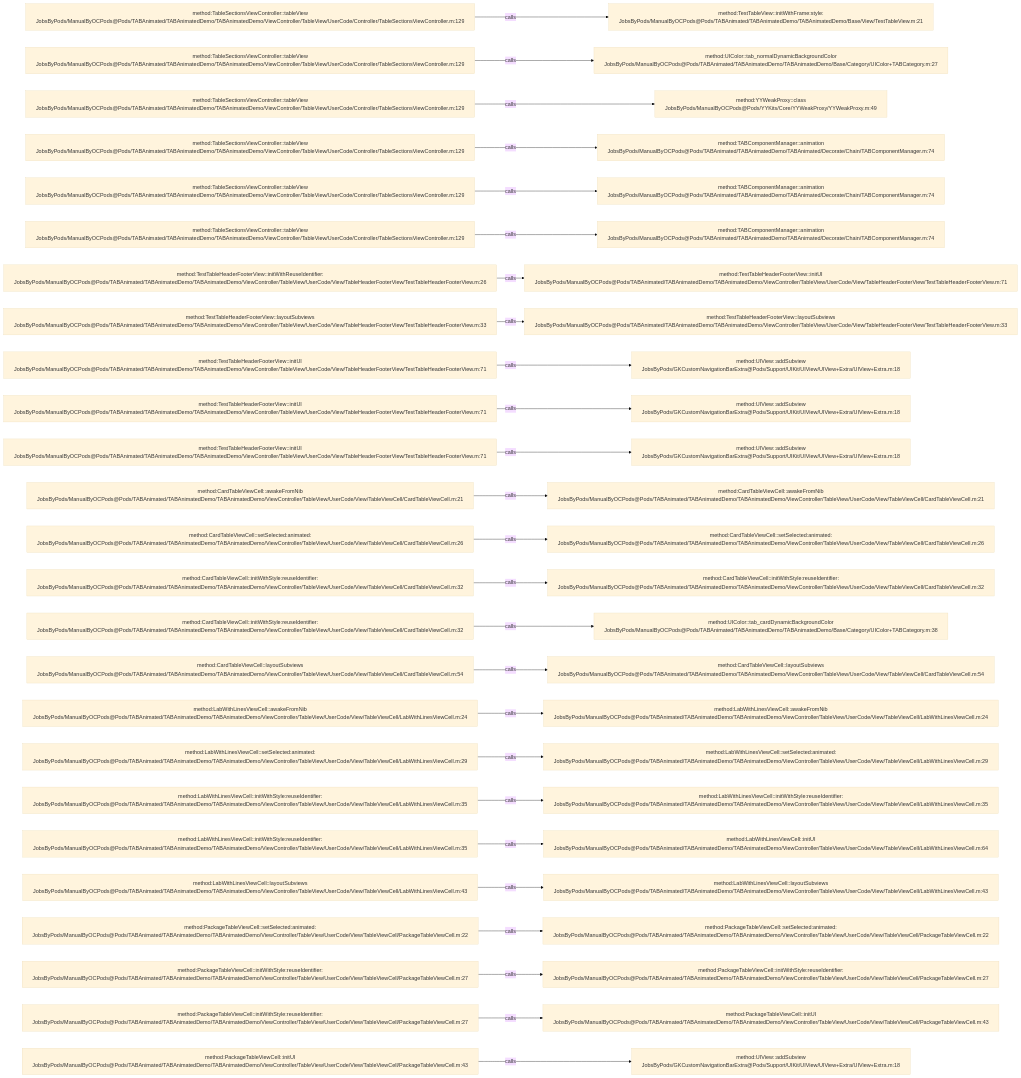
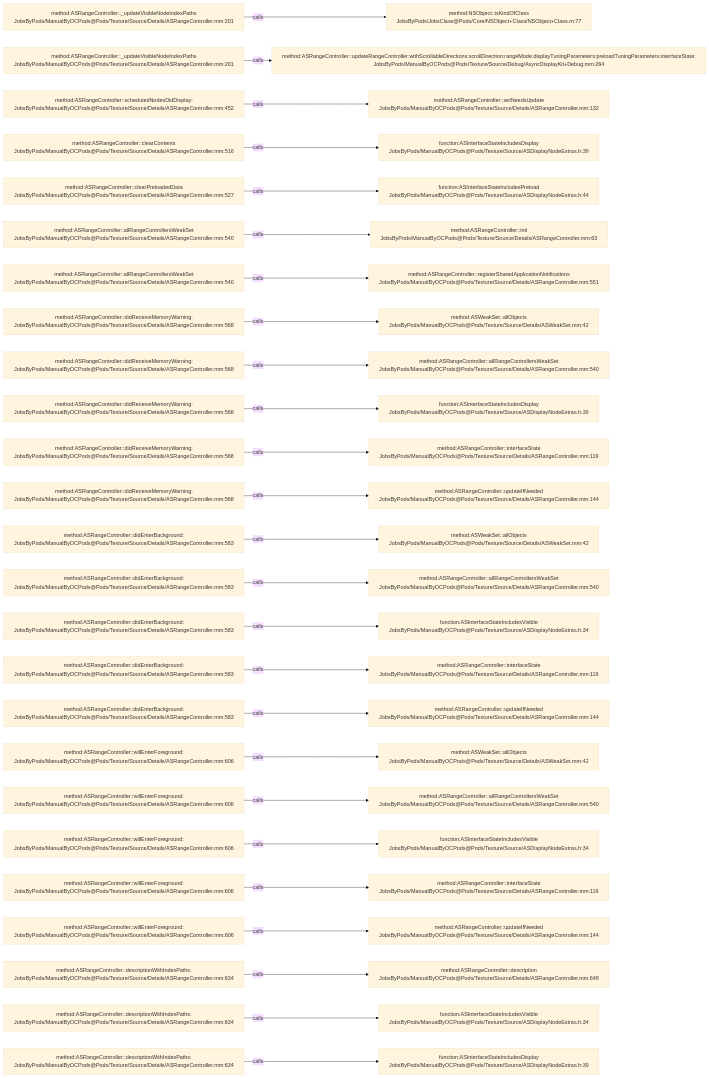
One commit to JobsKits/JobsOCBaseConfigDemo changed the diagram in .codegraph/codegraph.md/graphs/calls-172.md. Above: the diagram before and after it, drawn with Mermaid (base theme). The commit also changed 2162 other files, not shown here.

````diff
--- a/.codegraph/codegraph.md/graphs/calls-172.md
+++ b/.codegraph/codegraph.md/graphs/calls-172.md
@@ -13,78 +13,78 @@
 ```mermaid
 flowchart LR
-  S1["method:TableSectionsViewController::tableView<br/>JobsByPods/ManualByOCPods@Pods/TABAnimated/TABAnimatedDemo/TABAnimatedDemo/ViewController/TableView/UserCode/Controller/TableSectionsViewController.m:129"]
-  T1["method:TestTableView::initWithFrame:style:<br/>JobsByPods/ManualByOCPods@Pods/TABAnimated/TABAnimatedDemo/TABAnimatedDemo/Base/View/TestTableView.m:21"]
+  S1["method:ASRangeController::_updateVisibleNodeIndexPaths<br/>JobsByPods/ManualByOCPods@Pods/Texture/Source/Details/ASRangeController.mm:201"]
+  T1["method:NSObject::isKindOfClass<br/>JobsByPods/JobsClass@Pods/Core/NSObject+Class/NSObject+Class.m:77"]
   S1 -->|calls| T1
-  S2["method:TableSectionsViewController::tableView<br/>JobsByPods/ManualByOCPods@Pods/TABAnimated/TABAnimatedDemo/TABAnimatedDemo/ViewController/TableView/UserCode/Controller/TableSectionsViewController.m:129"]
-  T2["method:UIColor::tab_normalDynamicBackgroundColor<br/>JobsByPods/ManualByOCPods@Pods/TABAnimated/TABAnimatedDemo/TABAnimatedDemo/Base/Category/UIColor+TABCategory.m:27"]
+  S2["method:ASRangeController::_updateVisibleNodeIndexPaths<br/>JobsByPods/ManualByOCPods@Pods/Texture/Source/Details/ASRangeController.mm:201"]
+  T2["method:ASRangeController::updateRangeController:withScrollableDirections:scrollDirection:rangeMode:displayTuningParameters:preloadTuningParameters:interfaceState:<br/>JobsByPods/ManualByOCPods@Pods/Texture/Source/Debug/AsyncDisplayKit+Debug.mm:264"]
   S2 -->|calls| T2
-  S3["method:TableSectionsViewController::tableView<br/>JobsByPods/ManualByOCPods@Pods/TABAnimated/TABAnimatedDemo/TABAnimatedDemo/ViewController/TableView/UserCode/Controller/TableSectionsViewController.m:129"]
-  T3["method:YYWeakProxy::class<br/>JobsByPods/ManualByOCPods@Pods/YYKits/Core/YYWeakProxy/YYWeakProxy.m:49"]
+  S3["method:ASRangeController::scheduledNodesDidDisplay:<br/>JobsByPods/ManualByOCPods@Pods/Texture/Source/Details/ASRangeController.mm:452"]
+  T3["method:ASRangeController::setNeedsUpdate<br/>JobsByPods/ManualByOCPods@Pods/Texture/Source/Details/ASRangeController.mm:132"]
   S3 -->|calls| T3
-  S4["method:TableSectionsViewController::tableView<br/>JobsByPods/ManualByOCPods@Pods/TABAnimated/TABAnimatedDemo/TABAnimatedDemo/ViewController/TableView/UserCode/Controller/TableSectionsViewController.m:129"]
-  T4["method:TABComponentManager::animation<br/>JobsByPods/ManualByOCPods@Pods/TABAnimated/TABAnimatedDemo/TABAnimated/Decorate/Chain/TABComponentManager.m:74"]
+  S4["method:ASRangeController::clearContents<br/>JobsByPods/ManualByOCPods@Pods/Texture/Source/Details/ASRangeController.mm:516"]
+  T4["function:ASInterfaceStateIncludesDisplay<br/>JobsByPods/ManualByOCPods@Pods/Texture/Source/ASDisplayNodeExtras.h:39"]
   S4 -->|calls| T4
-  S5["method:TableSectionsViewController::tableView<br/>JobsByPods/ManualByOCPods@Pods/TABAnimated/TABAnimatedDemo/TABAnimatedDemo/ViewController/TableView/UserCode/Controller/TableSectionsViewController.m:129"]
-  T5["method:TABComponentManager::animation<br/>JobsByPods/ManualByOCPods@Pods/TABAnimated/TABAnimatedDemo/TABAnimated/Decorate/Chain/TABComponentManager.m:74"]
+  S5["method:ASRangeController::clearPreloadedData<br/>JobsByPods/ManualByOCPods@Pods/Texture/Source/Details/ASRangeController.mm:527"]
+  T5["function:ASInterfaceStateIncludesPreload<br/>JobsByPods/ManualByOCPods@Pods/Texture/Source/ASDisplayNodeExtras.h:44"]
   S5 -->|calls| T5
-  S6["method:TableSectionsViewController::tableView<br/>JobsByPods/ManualByOCPods@Pods/TABAnimated/TABAnimatedDemo/TABAnimatedDemo/ViewController/TableView/UserCode/Controller/TableSectionsViewController.m:129"]
-  T6["method:TABComponentManager::animation<br/>JobsByPods/ManualByOCPods@Pods/TABAnimated/TABAnimatedDemo/TABAnimated/Decorate/Chain/TABComponentManager.m:74"]
+  S6["method:ASRangeController::allRangeControllersWeakSet<br/>JobsByPods/ManualByOCPods@Pods/Texture/Source/Details/ASRangeController.mm:540"]
+  T6["method:ASRangeController::init<br/>JobsByPods/ManualByOCPods@Pods/Texture/Source/Details/ASRangeController.mm:63"]
   S6 -->|calls| T6
-  S7["method:TestTableHeaderFooterView::initWithReuseIdentifier:<br/>JobsByPods/ManualByOCPods@Pods/TABAnimated/TABAnimatedDemo/TABAnimatedDemo/ViewController/TableView/UserCode/View/TableHeaderFooterView/TestTableHeaderFooterView.m:26"]
-  T7["method:TestTableHeaderFooterView::initUI<br/>JobsByPods/ManualByOCPods@Pods/TABAnimated/TABAnimatedDemo/TABAnimatedDemo/ViewController/TableView/UserCode/View/TableHeaderFooterView/TestTableHeaderFooterView.m:71"]
+  S7["method:ASRangeController::allRangeControllersWeakSet<br/>JobsByPods/ManualByOCPods@Pods/Texture/Source/Details/ASRangeController.mm:540"]
+  T7["method:ASRangeController::registerSharedApplicationNotifications<br/>JobsByPods/ManualByOCPods@Pods/Texture/Source/Details/ASRangeController.mm:551"]
   S7 -->|calls| T7
-  S8["method:TestTableHeaderFooterView::layoutSubviews<br/>JobsByPods/ManualByOCPods@Pods/TABAnimated/TABAnimatedDemo/TABAnimatedDemo/ViewController/TableView/UserCode/View/TableHeaderFooterView/TestTableHeaderFooterView.m:33"]
-  T8["method:TestTableHeaderFooterView::layoutSubviews<br/>JobsByPods/ManualByOCPods@Pods/TABAnimated/TABAnimatedDemo/TABAnimatedDemo/ViewController/TableView/UserCode/View/TableHeaderFooterView/TestTableHeaderFooterView.m:33"]
+  S8["method:ASRangeController::didReceiveMemoryWarning:<br/>JobsByPods/ManualByOCPods@Pods/Texture/Source/Details/ASRangeController.mm:568"]
+  T8["method:ASWeakSet::allObjects<br/>JobsByPods/ManualByOCPods@Pods/Texture/Source/Details/ASWeakSet.mm:42"]
   S8 -->|calls| T8
-  S9["method:TestTableHeaderFooterView::initUI<br/>JobsByPods/ManualByOCPods@Pods/TABAnimated/TABAnimatedDemo/TABAnimatedDemo/ViewController/TableView/UserCode/View/TableHeaderFooterView/TestTableHeaderFooterView.m:71"]
-  T9["method:UIView::addSubview<br/>JobsByPods/GKCustomNavigationBarExtra@Pods/Support/UIKit/UIView/UIView+Extra/UIView+Extra.m:18"]
+  S9["method:ASRangeController::didReceiveMemoryWarning:<br/>JobsByPods/ManualByOCPods@Pods/Texture/Source/Details/ASRangeController.mm:568"]
+  T9["method:ASRangeController::allRangeControllersWeakSet<br/>JobsByPods/ManualByOCPods@Pods/Texture/Source/Details/ASRangeController.mm:540"]
   S9 -->|calls| T9
-  S10["method:TestTableHeaderFooterView::initUI<br/>JobsByPods/ManualByOCPods@Pods/TABAnimated/TABAnimatedDemo/TABAnimatedDemo/ViewController/TableView/UserCode/View/TableHeaderFooterView/TestTableHeaderFooterView.m:71"]
-  T10["method:UIView::addSubview<br/>JobsByPods/GKCustomNavigationBarExtra@Pods/Support/UIKit/UIView/UIView+Extra/UIView+Extra.m:18"]
+  S10["method:ASRangeController::didReceiveMemoryWarning:<br/>JobsByPods/ManualByOCPods@Pods/Texture/Source/Details/ASRangeController.mm:568"]
+  T10["function:ASInterfaceStateIncludesDisplay<br/>JobsByPods/ManualByOCPods@Pods/Texture/Source/ASDisplayNodeExtras.h:39"]
   S10 -->|calls| T10
-  S11["method:TestTableHeaderFooterView::initUI<br/>JobsByPods/ManualByOCPods@Pods/TABAnimated/TABAnimatedDemo/TABAnimatedDemo/ViewController/TableView/UserCode/View/TableHeaderFooterView/TestTableHeaderFooterView.m:71"]
-  T11["method:UIView::addSubview<br/>JobsByPods/GKCustomNavigationBarExtra@Pods/Support/UIKit/UIView/UIView+Extra/UIView+Extra.m:18"]
+  S11["method:ASRangeController::didReceiveMemoryWarning:<br/>JobsByPods/ManualByOCPods@Pods/Texture/Source/Details/ASRangeController.mm:568"]
+  T11["method:ASRangeController::interfaceState<br/>JobsByPods/ManualByOCPods@Pods/Texture/Source/Details/ASRangeController.mm:119"]
   S11 -->|calls| T11
-  S12["method:CardTableViewCell::awakeFromNib<br/>JobsByPods/ManualByOCPods@Pods/TABAnimated/TABAnimatedDemo/TABAnimatedDemo/ViewController/TableView/UserCode/View/TableViewCell/CardTableViewCell.m:21"]
-  T12["method:CardTableViewCell::awakeFromNib<br/>JobsByPods/ManualByOCPods@Pods/TABAnimated/TABAnimatedDemo/TABAnimatedDemo/ViewController/TableView/UserCode/View/TableViewCell/CardTableViewCell.m:21"]
+  S12["method:ASRangeController::didReceiveMemoryWarning:<br/>JobsByPods/ManualByOCPods@Pods/Texture/Source/Details/ASRangeController.mm:568"]
+  T12["method:ASRangeController::updateIfNeeded<br/>JobsByPods/ManualByOCPods@Pods/Texture/Source/Details/ASRangeController.mm:144"]
   S12 -->|calls| T12
-  S13["method:CardTableViewCell::setSelected:animated:<br/>JobsByPods/ManualByOCPods@Pods/TABAnimated/TABAnimatedDemo/TABAnimatedDemo/ViewController/TableView/UserCode/View/TableViewCell/CardTableViewCell.m:26"]
-  T13["method:CardTableViewCell::setSelected:animated:<br/>JobsByPods/ManualByOCPods@Pods/TABAnimated/TABAnimatedDemo/TABAnimatedDemo/ViewController/TableView/UserCode/View/TableViewCell/CardTableViewCell.m:26"]
+  S13["method:ASRangeController::didEnterBackground:<br/>JobsByPods/ManualByOCPods@Pods/Texture/Source/Details/ASRangeController.mm:583"]
+  T13["method:ASWeakSet::allObjects<br/>JobsByPods/ManualByOCPods@Pods/Texture/Source/Details/ASWeakSet.mm:42"]
   S13 -->|calls| T13
-  S14["method:CardTableViewCell::initWithStyle:reuseIdentifier:<br/>JobsByPods/ManualByOCPods@Pods/TABAnimated/TABAnimatedDemo/TABAnimatedDemo/ViewController/TableView/UserCode/View/TableViewCell/CardTableViewCell.m:32"]
-  T14["method:CardTableViewCell::initWithStyle:reuseIdentifier:<br/>JobsByPods/ManualByOCPods@Pods/TABAnimated/TABAnimatedDemo/TABAnimatedDemo/ViewController/TableView/UserCode/View/TableViewCell/CardTableViewCell.m:32"]
+  S14["method:ASRangeController::didEnterBackground:<br/>JobsByPods/ManualByOCPods@Pods/Texture/Source/Details/ASRangeController.mm:583"]
+  T14["method:ASRangeController::allRangeControllersWeakSet<br/>JobsByPods/ManualByOCPods@Pods/Texture/Source/Details/ASRangeController.mm:540"]
   S14 -->|calls| T14
-  S15["method:CardTableViewCell::initWithStyle:reuseIdentifier:<br/>JobsByPods/ManualByOCPods@Pods/TABAnimated/TABAnimatedDemo/TABAnimatedDemo/ViewController/TableView/UserCode/View/TableViewCell/CardTableViewCell.m:32"]
-  T15["method:UIColor::tab_cardDynamicBackgroundColor<br/>JobsByPods/ManualByOCPods@Pods/TABAnimated/TABAnimatedDemo/TABAnimatedDemo/Base/Category/UIColor+TABCategory.m:38"]
+  S15["method:ASRangeController::didEnterBackground:<br/>JobsByPods/ManualByOCPods@Pods/Texture/Source/Details/ASRangeController.mm:583"]
+  T15["function:ASInterfaceStateIncludesVisible<br/>JobsByPods/ManualByOCPods@Pods/Texture/Source/ASDisplayNodeExtras.h:34"]
   S15 -->|calls| T15
-  S16["method:CardTableViewCell::layoutSubviews<br/>JobsByPods/ManualByOCPods@Pods/TABAnimated/TABAnimatedDemo/TABAnimatedDemo/ViewController/TableView/UserCode/View/TableViewCell/CardTableViewCell.m:54"]
-  T16["method:CardTableViewCell::layoutSubviews<br/>JobsByPods/ManualByOCPods@Pods/TABAnimated/TABAnimatedDemo/TABAnimatedDemo/ViewController/TableView/UserCode/View/TableViewCell/CardTableViewCell.m:54"]
+  S16["method:ASRangeController::didEnterBackground:<br/>JobsByPods/ManualByOCPods@Pods/Texture/Source/Details/ASRangeController.mm:583"]
+  T16["method:ASRangeController::interfaceState<br/>JobsByPods/ManualByOCPods@Pods/Texture/Source/Details/ASRangeController.mm:119"]
   S16 -->|calls| T16
-  S17["method:LabWithLinesViewCell::awakeFromNib<br/>JobsByPods/ManualByOCPods@Pods/TABAnimated/TABAnimatedDemo/TABAnimatedDemo/ViewController/TableView/UserCode/View/TableViewCell/LabWithLinesViewCell.m:24"]
-  T17["method:LabWithLinesViewCell::awakeFromNib<br/>JobsByPods/ManualByOCPods@Pods/TABAnimated/TABAnimatedDemo/TABAnimatedDemo/ViewController/TableView/UserCode/View/TableViewCell/LabWithLinesViewCell.m:24"]
+  S17["method:ASRangeController::didEnterBackground:<br/>JobsByPods/ManualByOCPods@Pods/Texture/Source/Details/ASRangeController.mm:583"]
+  T17["method:ASRangeController::updateIfNeeded<br/>JobsByPods/ManualByOCPods@Pods/Texture/Source/Details/ASRangeController.mm:144"]
   S17 -->|calls| T17
-  S18["method:LabWithLinesViewCell::setSelected:animated:<br/>JobsByPods/ManualByOCPods@Pods/TABAnimated/TABAnimatedDemo/TABAnimatedDemo/ViewController/TableView/UserCode/View/TableViewCell/LabWithLinesViewCell.m:29"]
-  T18["method:LabWithLinesViewCell::setSelected:animated:<br/>JobsByPods/ManualByOCPods@Pods/TABAnimated/TABAnimatedDemo/TABAnimatedDemo/ViewController/TableView/UserCode/View/TableViewCell/LabWithLinesViewCell.m:29"]
+  S18["method:ASRangeController::willEnterForeground:<br/>JobsByPods/ManualByOCPods@Pods/Texture/Source/Details/ASRangeController.mm:606"]
+  T18["method:ASWeakSet::allObjects<br/>JobsByPods/ManualByOCPods@Pods/Texture/Source/Details/ASWeakSet.mm:42"]
   S18 -->|calls| T18
-  S19["method:LabWithLinesViewCell::initWithStyle:reuseIdentifier:<br/>JobsByPods/ManualByOCPods@Pods/TABAnimated/TABAnimatedDemo/TABAnimatedDemo/ViewController/TableView/UserCode/View/TableViewCell/LabWithLinesViewCell.m:35"]
-  T19["method:LabWithLinesViewCell::initWithStyle:reuseIdentifier:<br/>JobsByPods/ManualByOCPods@Pods/TABAnimated/TABAnimatedDemo/TABAnimatedDemo/ViewController/TableView/UserCode/View/TableViewCell/LabWithLinesViewCell.m:35"]
+  S19["method:ASRangeController::willEnterForeground:<br/>JobsByPods/ManualByOCPods@Pods/Texture/Source/Details/ASRangeController.mm:606"]
+  T19["method:ASRangeController::allRangeControllersWeakSet<br/>JobsByPods/ManualByOCPods@Pods/Texture/Source/Details/ASRangeController.mm:540"]
   S19 -->|calls| T19
-  S20["method:LabWithLinesViewCell::initWithStyle:reuseIdentifier:<br/>JobsByPods/ManualByOCPods@Pods/TABAnimated/TABAnimatedDemo/TABAnimatedDemo/ViewController/TableView/UserCode/View/TableViewCell/LabWithLinesViewCell.m:35"]
-  T20["method:LabWithLinesViewCell::initUI<br/>JobsByPods/ManualByOCPods@Pods/TABAnimated/TABAnimatedDemo/TABAnimatedDemo/ViewController/TableView/UserCode/View/TableViewCell/LabWithLinesViewCell.m:64"]
+  S20["method:ASRangeController::willEnterForeground:<br/>JobsByPods/ManualByOCPods@Pods/Texture/Source/Details/ASRangeController.mm:606"]
+  T20["function:ASInterfaceStateIncludesVisible<br/>JobsByPods/ManualByOCPods@Pods/Texture/Source/ASDisplayNodeExtras.h:34"]
   S20 -->|calls| T20
-  S21["method:LabWithLinesViewCell::layoutSubviews<br/>JobsByPods/ManualByOCPods@Pods/TABAnimated/TABAnimatedDemo/TABAnimatedDemo/ViewController/TableView/UserCode/View/TableViewCell/LabWithLinesViewCell.m:43"]
-  T21["method:LabWithLinesViewCell::layoutSubviews<br/>JobsByPods/ManualByOCPods@Pods/TABAnimated/TABAnimatedDemo/TABAnimatedDemo/ViewController/TableView/UserCode/View/TableViewCell/LabWithLinesViewCell.m:43"]
+  S21["method:ASRangeController::willEnterForeground:<br/>JobsByPods/ManualByOCPods@Pods/Texture/Source/Details/ASRangeController.mm:606"]
+  T21["method:ASRangeController::interfaceState<br/>JobsByPods/ManualByOCPods@Pods/Texture/Source/Details/ASRangeController.mm:119"]
   S21 -->|calls| T21
-  S22["method:PackageTableViewCell::setSelected:animated:<br/>JobsByPods/ManualByOCPods@Pods/TABAnimated/TABAnimatedDemo/TABAnimatedDemo/ViewController/TableView/UserCode/View/TableViewCell/PackageTableViewCell.m:22"]
-  T22["method:PackageTableViewCell::setSelected:animated:<br/>JobsByPods/ManualByOCPods@Pods/TABAnimated/TABAnimatedDemo/TABAnimatedDemo/ViewController/TableView/UserCode/View/TableViewCell/PackageTableViewCell.m:22"]
+  S22["method:ASRangeController::willEnterForeground:<br/>JobsByPods/ManualByOCPods@Pods/Texture/Source/Details/ASRangeController.mm:606"]
+  T22["method:ASRangeController::updateIfNeeded<br/>JobsByPods/ManualByOCPods@Pods/Texture/Source/Details/ASRangeController.mm:144"]
   S22 -->|calls| T22
-  S23["method:PackageTableViewCell::initWithStyle:reuseIdentifier:<br/>JobsByPods/ManualByOCPods@Pods/TABAnimated/TABAnimatedDemo/TABAnimatedDemo/ViewController/TableView/UserCode/View/TableViewCell/PackageTableViewCell.m:27"]
-  T23["method:PackageTableViewCell::initWithStyle:reuseIdentifier:<br/>JobsByPods/ManualByOCPods@Pods/TABAnimated/TABAnimatedDemo/TABAnimatedDemo/ViewController/TableView/UserCode/View/TableViewCell/PackageTableViewCell.m:27"]
+  S23["method:ASRangeController::descriptionWithIndexPaths:<br/>JobsByPods/ManualByOCPods@Pods/Texture/Source/Details/ASRangeController.mm:634"]
+  T23["method:ASRangeController::description<br/>JobsByPods/ManualByOCPods@Pods/Texture/Source/Details/ASRangeController.mm:648"]
   S23 -->|calls| T23
-  S24["method:PackageTableViewCell::initWithStyle:reuseIdentifier:<br/>JobsByPods/ManualByOCPods@Pods/TABAnimated/TABAnimatedDemo/TABAnimatedDemo/ViewController/TableView/UserCode/View/TableViewCell/PackageTableViewCell.m:27"]
-  T24["method:PackageTableViewCell::initUI<br/>JobsByPods/ManualByOCPods@Pods/TABAnimated/TABAnimatedDemo/TABAnimatedDemo/ViewController/TableView/UserCode/View/TableViewCell/PackageTableViewCell.m:43"]
+  S24["method:ASRangeController::descriptionWithIndexPaths:<br/>JobsByPods/ManualByOCPods@Pods/Texture/Source/Details/ASRangeController.mm:634"]
+  T24["function:ASInterfaceStateIncludesVisible<br/>JobsByPods/ManualByOCPods@Pods/Texture/Source/ASDisplayNodeExtras.h:34"]
   S24 -->|calls| T24
-  S25["method:PackageTableViewCell::initUI<br/>JobsByPods/ManualByOCPods@Pods/TABAnimated/TABAnimatedDemo/TABAnimatedDemo/ViewController/TableView/UserCode/View/TableViewCell/PackageTableViewCell.m:43"]
-  T25["method:UIView::addSubview<br/>JobsByPods/GKCustomNavigationBarExtra@Pods/Support/UIKit/UIView/UIView+Extra/UIView+Extra.m:18"]
+  S25["method:ASRangeController::descriptionWithIndexPaths:<br/>JobsByPods/ManualByOCPods@Pods/Texture/Source/Details/ASRangeController.mm:634"]
+  T25["function:ASInterfaceStateIncludesDisplay<br/>JobsByPods/ManualByOCPods@Pods/Texture/Source/ASDisplayNodeExtras.h:39"]
   S25 -->|calls| T25
 ```
````
